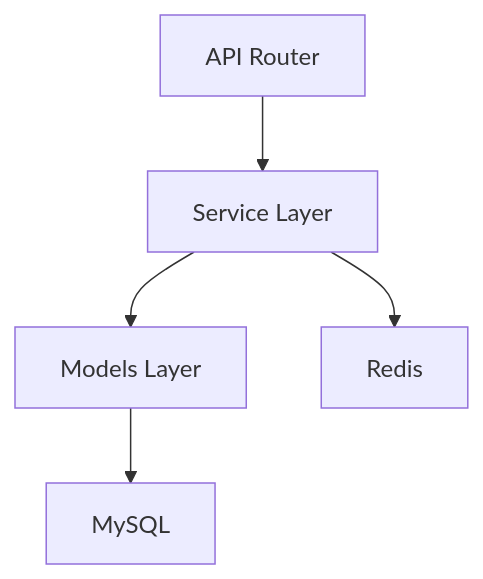
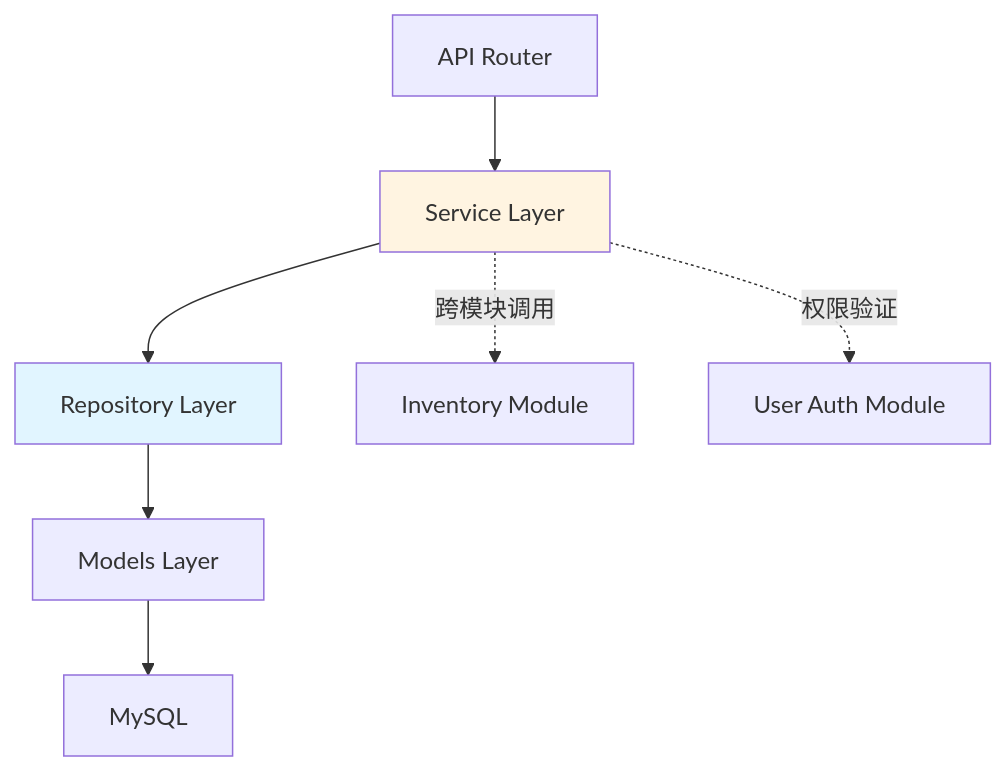
Before and after one commit to HaoranTong/ecommerce_platform: the first of 2 diagrams in docs/design/modules/product-catalog/design.md, drawn with Mermaid. The commit also changed other lines of this file and 17 other files, not shown here.

````diff
--- a/docs/design/modules/product-catalog/design.md
+++ b/docs/design/modules/product-catalog/design.md
@@ -70,7 +72,13 @@
 ```mermaid
 graph TB
     Router[API Router] --> Service[Service Layer]
-    Service --> Model[Models Layer]
+    Service --> Repository[Repository Layer]
+    Repository --> Model[Models Layer]
     Model --> DB[MySQL]
-    Service --> Cache[Redis]
-```  
+    
+    Service -.->|跨模块调用| Inventory[Inventory Module]
+    Service -.->|权限验证| Auth[User Auth Module]
+    
+    style Repository fill:#e1f5ff
+    style Service fill:#fff4e1
+```
````
